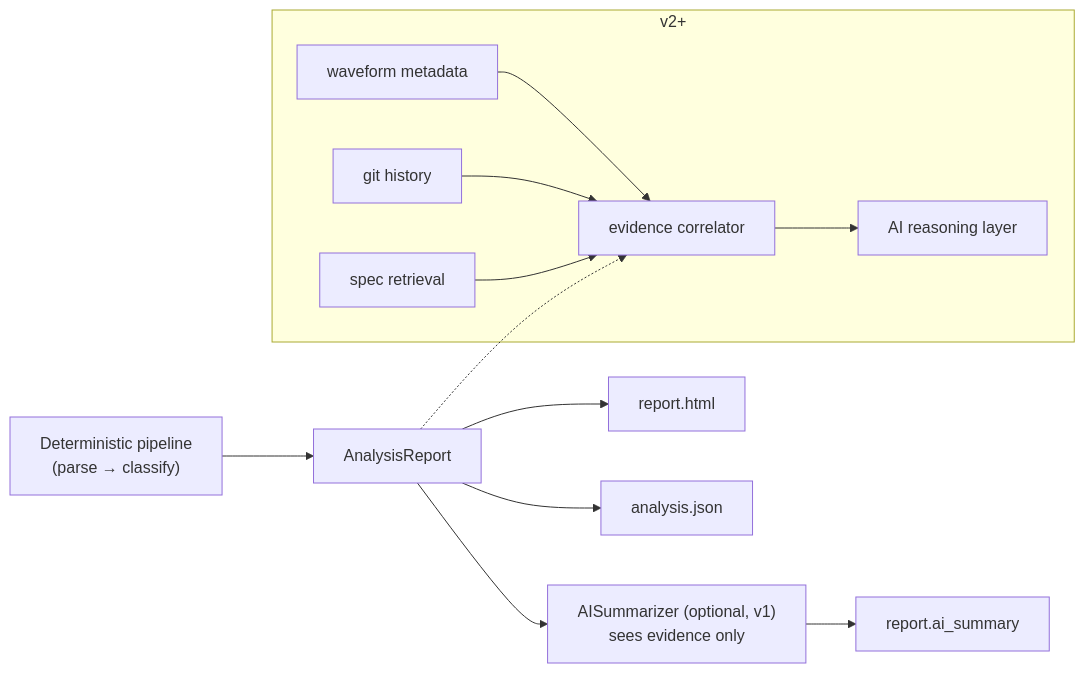
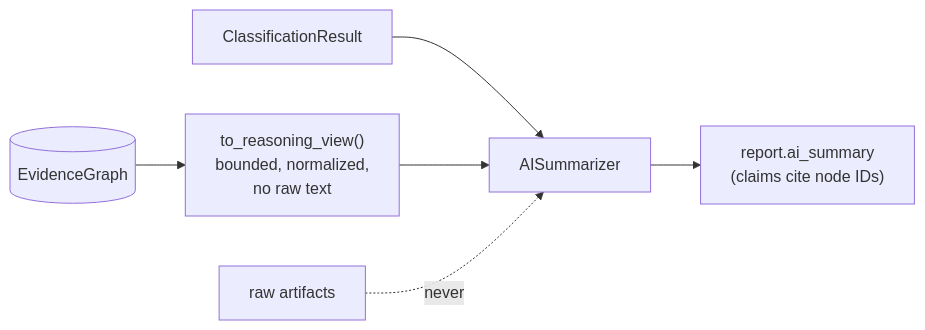
Before and after one commit to patel-om/veritriage: the fourth of 4 diagrams in docs/ARCHITECTURE.md, drawn with Mermaid. The commit also changed other lines of this file and 35 other files, not shown here.

First line of the commit message:
feat: v0.2.0 - Evidence Graph as central architecture

````diff
--- a/docs/ARCHITECTURE.md
+++ b/docs/ARCHITECTURE.md
@@ -63,15 +82,8 @@
 ```mermaid
 flowchart LR
-    D["Deterministic pipeline\n(parse → classify)"] --> R[AnalysisReport]
-    R --> HTML[report.html]
-    R --> JSON[analysis.json]
-    R --> AI["AISummarizer (optional, v1)\nsees evidence only"]
-    AI --> R2["report.ai_summary"]
-    subgraph v2+
-      W[waveform metadata] --> X[evidence correlator]
-      G[git history] --> X
-      SPEC[spec retrieval] --> X
-      X --> REASON[AI reasoning layer]
-    end
-    R -.-> X
+    G[("EvidenceGraph")] --> V["to_reasoning_view()\nbounded, normalized,\nno raw text"]
+    CL[ClassificationResult] --> AI[AISummarizer]
+    V --> AI
+    AI --> OUT["report.ai_summary\n(claims cite node IDs)"]
+    RAW[raw artifacts] -. never .-> AI
 ```
````
